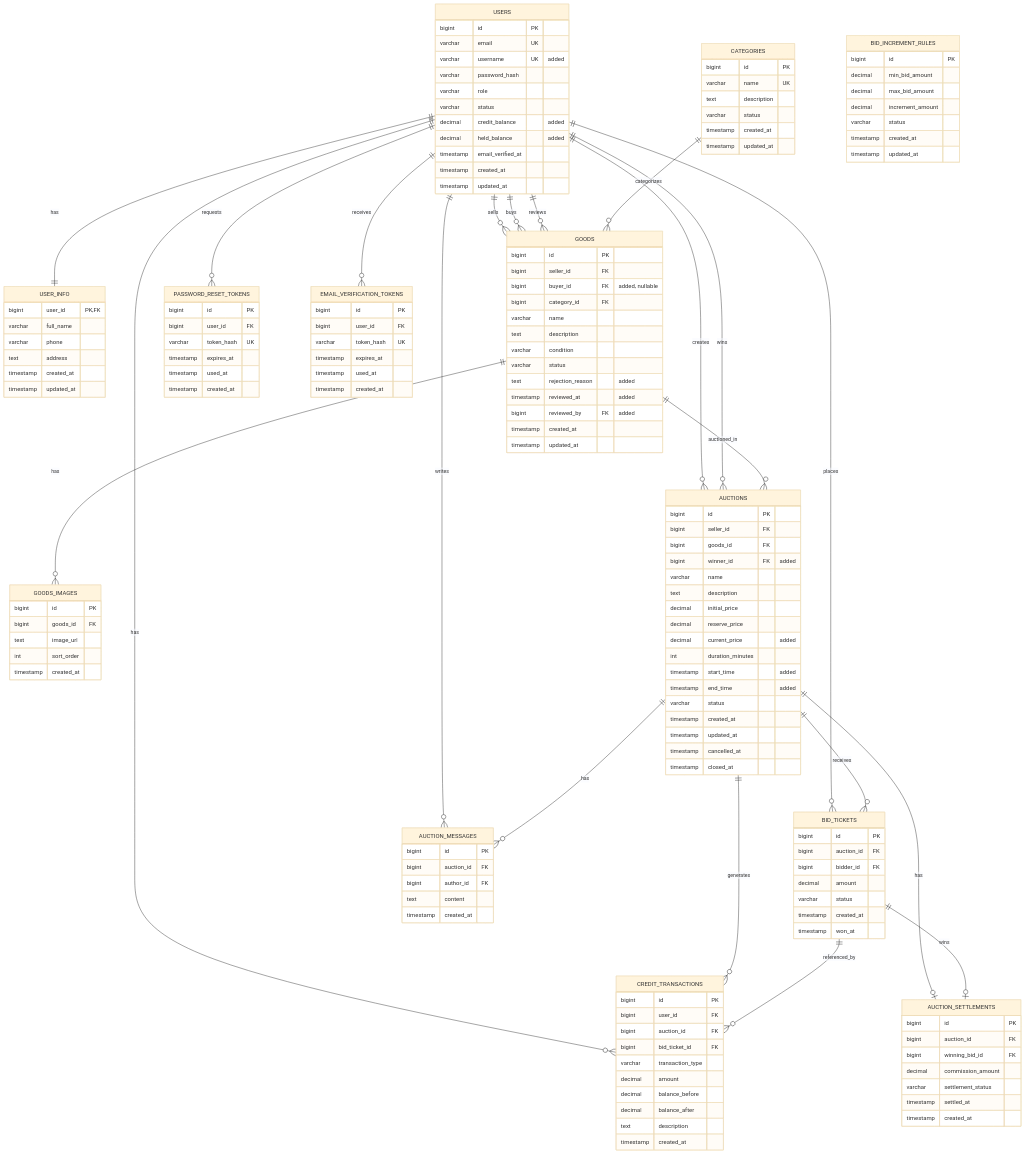
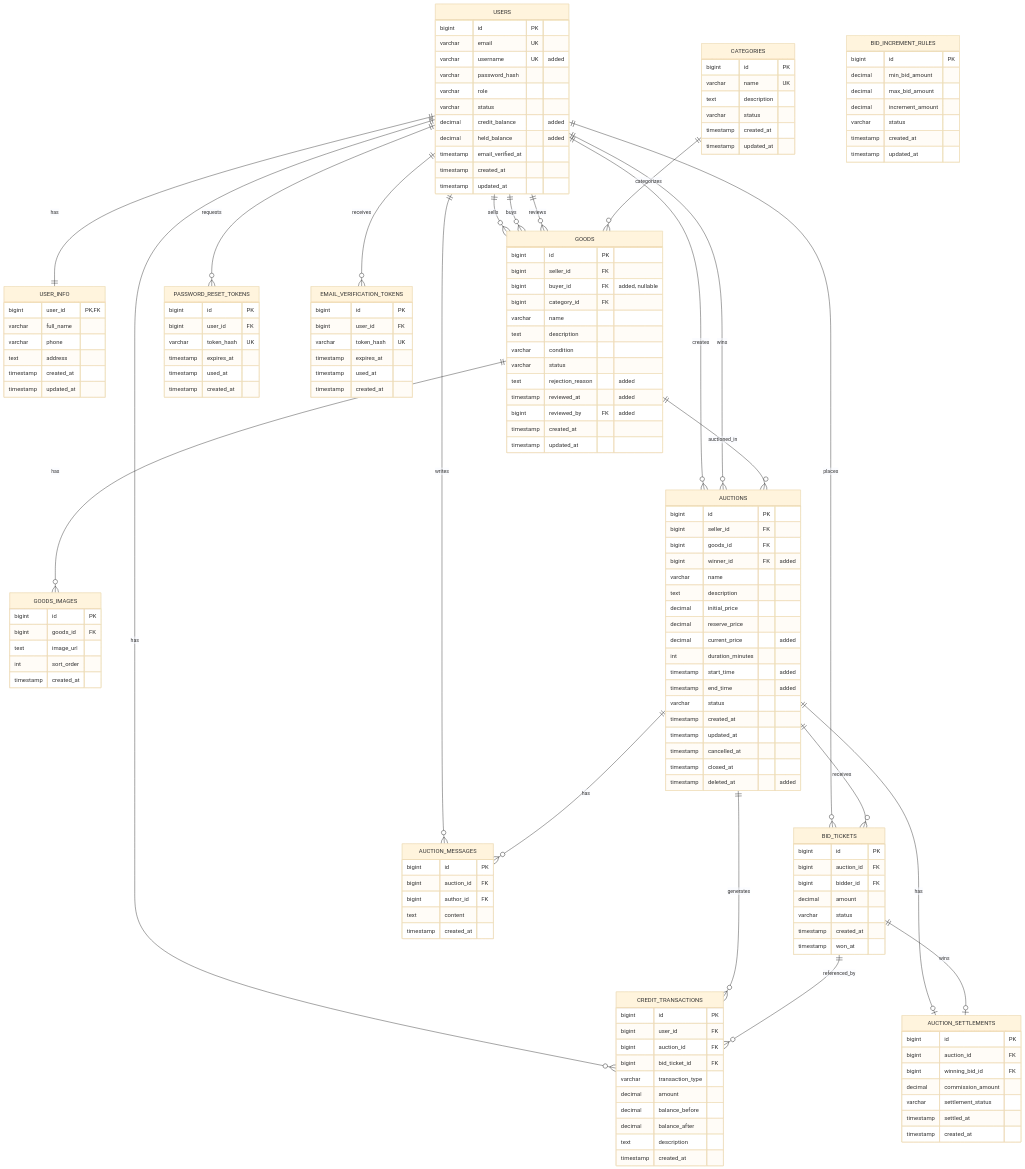
One commit to anhbody2/Auction_system changed the diagram in docs/ERD_edited.md. Above: the diagram before and after it, drawn with Mermaid (base theme). The commit also changed other lines of this file and 21 other files, not shown here.

```diff
--- a/docs/ERD_edited.md
+++ b/docs/ERD_edited.md
@@ -108,6 +110,7 @@
         timestamp updated_at
         timestamp cancelled_at
         timestamp closed_at
+        timestamp deleted_at "added"
     }
 
     BID_TICKETS {
```
